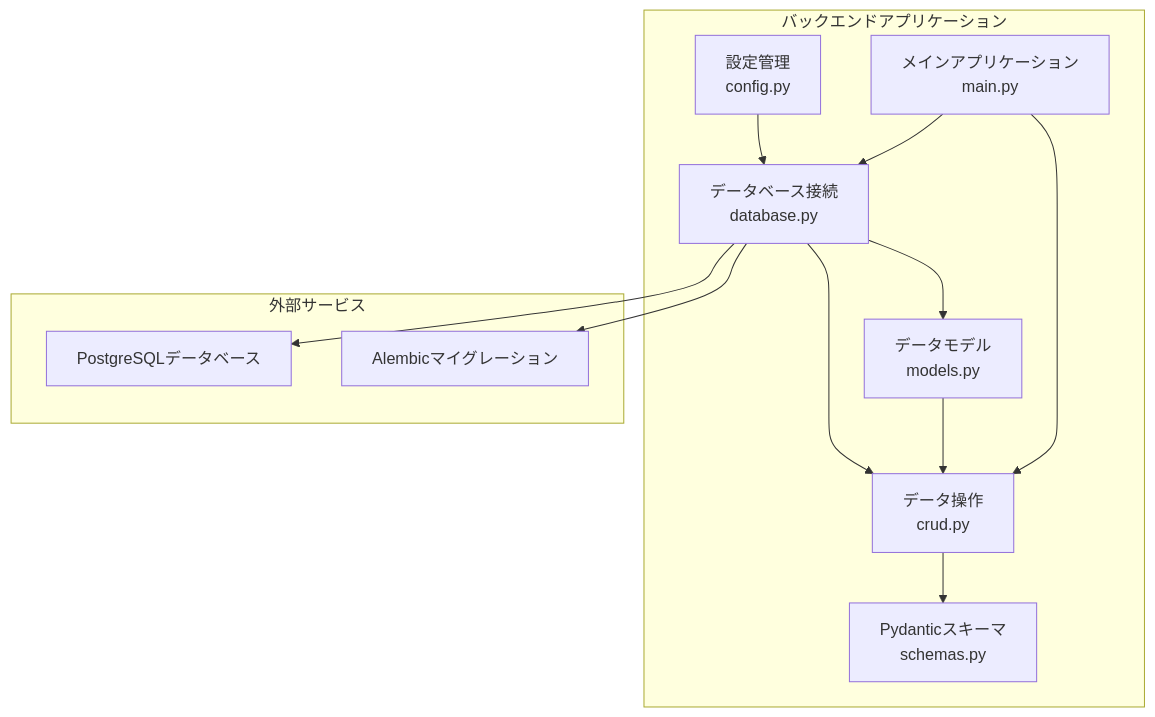
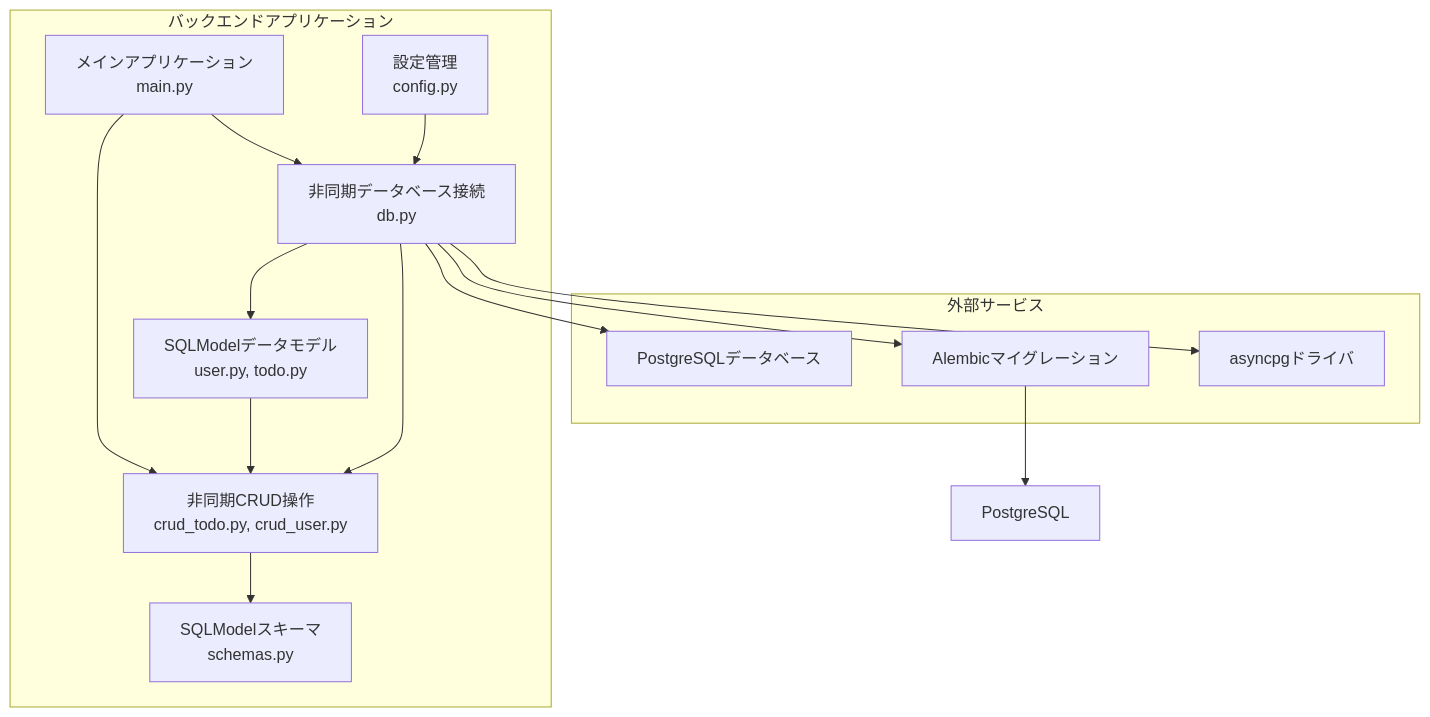
Before and after one commit to ss8806/Todos: the first of 8 diagrams in .qoder/repowiki/ja/content/アーキテクチャ/データベースアーキテクチャ.md, drawn with Mermaid. The commit also changed other lines of this file and 11 other files, not shown here.

````diff
--- a/.qoder/repowiki/ja/content/アーキテクチャ/データベースアーキテクチャ.md
+++ b/.qoder/repowiki/ja/content/アーキテクチャ/データベースアーキテクチャ.md
@@ -32,24 +43,27 @@
 ```mermaid
 graph TB
 subgraph "バックエンドアプリケーション"
 Config[設定管理<br/>config.py]
-Database[データベース接続<br/>database.py]
-Models[データモデル<br/>models.py]
-CRUD[データ操作<br/>crud.py]
-Schemas[Pydanticスキーマ<br/>schemas.py]
+Database[非同期データベース接続<br/>db.py]
+Models[SQLModelデータモデル<br/>user.py, todo.py]
+CRUD[非同期CRUD操作<br/>crud_todo.py, crud_user.py]
+Schemas[SQLModelスキーマ<br/>schemas.py]
 Main[メインアプリケーション<br/>main.py]
 end
 subgraph "外部サービス"
 Postgres[PostgreSQLデータベース]
 Alembic[Alembicマイグレーション]
+AsyncPG[asyncpgドライバ]
 end
 Config --> Database
 Database --> Models
 Database --> CRUD
 Models --> CRUD
 CRUD --> Schemas
 Main --> Database
 Main --> CRUD
 Database --> Postgres
 Database --> Alembic
+Database --> AsyncPG
+Alembic --> PostgreSQL
 ```
````
